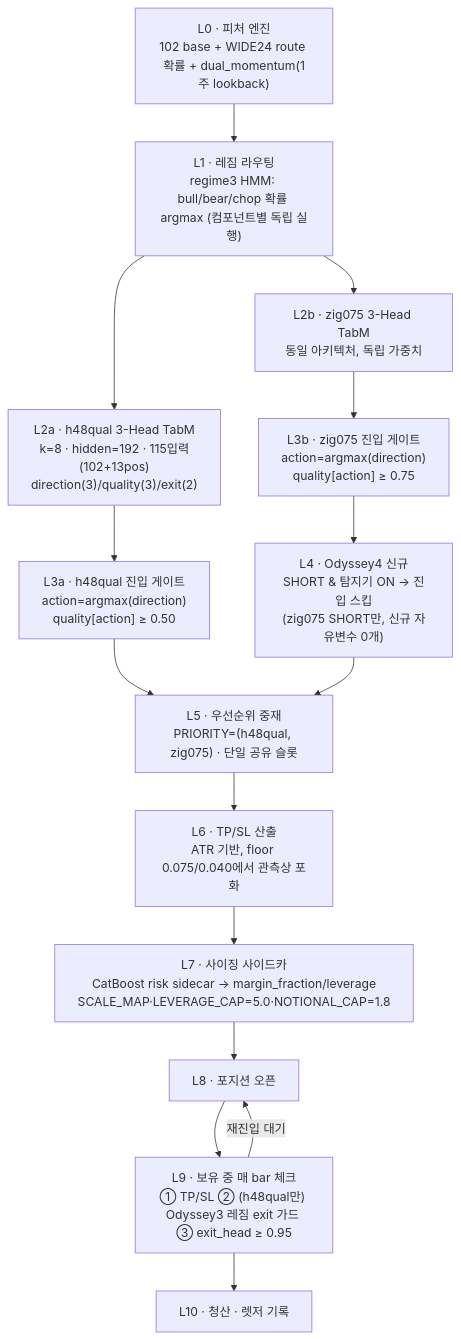
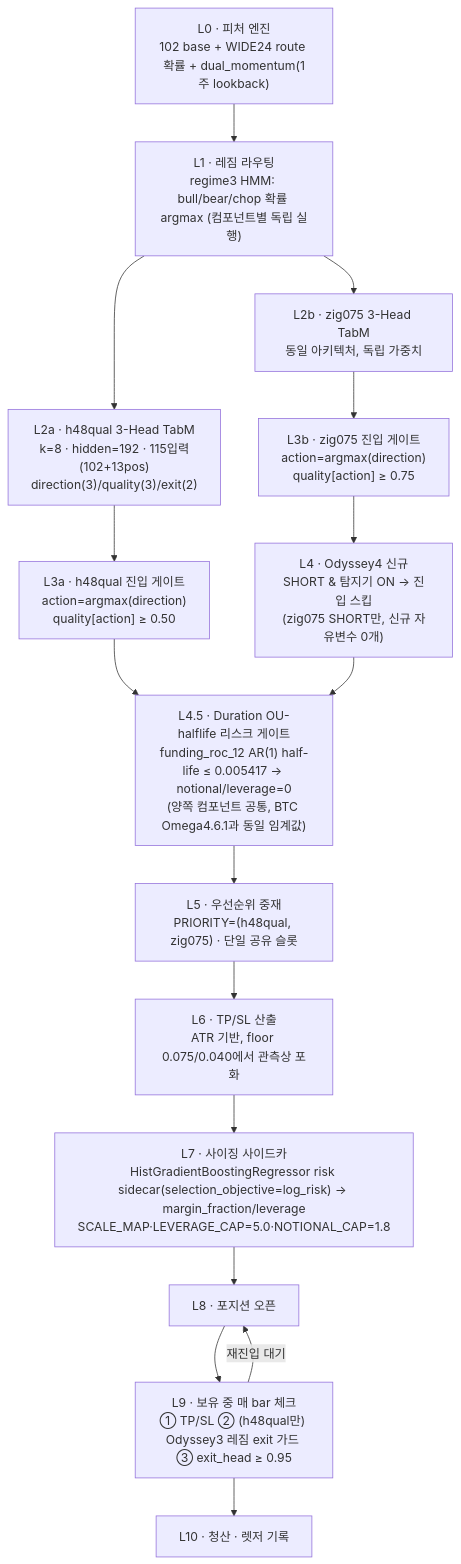
One commit to kbj2060/crypto-scalping changed the first of 3 diagrams in docs/model_contracts/odyssey4_eth_full_stack_architecture_20260814.md. Above: the diagram before and after it, drawn with Mermaid. The commit also changed other lines of this file and 11 other files, not shown here.

````diff
--- a/docs/model_contracts/odyssey4_eth_full_stack_architecture_20260814.md
+++ b/docs/model_contracts/odyssey4_eth_full_stack_architecture_20260814.md
@@ -18,19 +18,20 @@
 ```mermaid
 flowchart TD
     L0["L0 · 피처 엔진<br/>102 base + WIDE24 route 확률 + dual_momentum(1주 lookback)"]
     L1["L1 · 레짐 라우팅<br/>regime3 HMM: bull/bear/chop 확률 argmax (컴포넌트별 독립 실행)"]
     L0 --> L1
     L1 --> H2["L2a · h48qual 3-Head TabM<br/>k=8 · hidden=192 · 115입력(102+13pos)<br/>direction(3)/quality(3)/exit(2)"]
     L1 --> Z2["L2b · zig075 3-Head TabM<br/>동일 아키텍처, 독립 가중치"]
     H2 --> H3["L3a · h48qual 진입 게이트<br/>action=argmax(direction)<br/>quality[action] ≥ 0.50"]
     Z2 --> Z3["L3b · zig075 진입 게이트<br/>action=argmax(direction)<br/>quality[action] ≥ 0.75"]
     Z3 --> Z4["L4 · Odyssey4 신규<br/>SHORT & 탐지기 ON → 진입 스킵<br/>(zig075 SHORT만, 신규 자유변수 0개)"]
-    H3 --> L5["L5 · 우선순위 중재<br/>PRIORITY=(h48qual, zig075) · 단일 공유 슬롯"]
-    Z4 --> L5
+    H3 --> L4b["L4.5 · Duration OU-halflife 리스크 게이트<br/>funding_roc_12 AR(1) half-life ≤ 0.005417 → notional/leverage=0<br/>(양쪽 컴포넌트 공통, BTC Omega4.6.1과 동일 임계값)"]
+    Z4 --> L4b
+    L4b --> L5["L5 · 우선순위 중재<br/>PRIORITY=(h48qual, zig075) · 단일 공유 슬롯"]
     L5 --> L6["L6 · TP/SL 산출<br/>ATR 기반, floor 0.075/0.040에서 관측상 포화"]
-    L6 --> L7["L7 · 사이징 사이드카<br/>CatBoost risk sidecar → margin_fraction/leverage<br/>SCALE_MAP·LEVERAGE_CAP=5.0·NOTIONAL_CAP=1.8"]
+    L6 --> L7["L7 · 사이징 사이드카<br/>HistGradientBoostingRegressor risk sidecar(selection_objective=log_risk) → margin_fraction/leverage<br/>SCALE_MAP·LEVERAGE_CAP=5.0·NOTIONAL_CAP=1.8"]
     L7 --> L8open["L8 · 포지션 오픈"]
     L8open --> L9["L9 · 보유 중 매 bar 체크<br/>① TP/SL ② (h48qual만) Odyssey3 레짐 exit 가드 ③ exit_head ≥ 0.95"]
     L9 -->|재진입 대기| L8open
     L9 --> L10["L10 · 청산 · 렛저 기록"]
 ```
````
